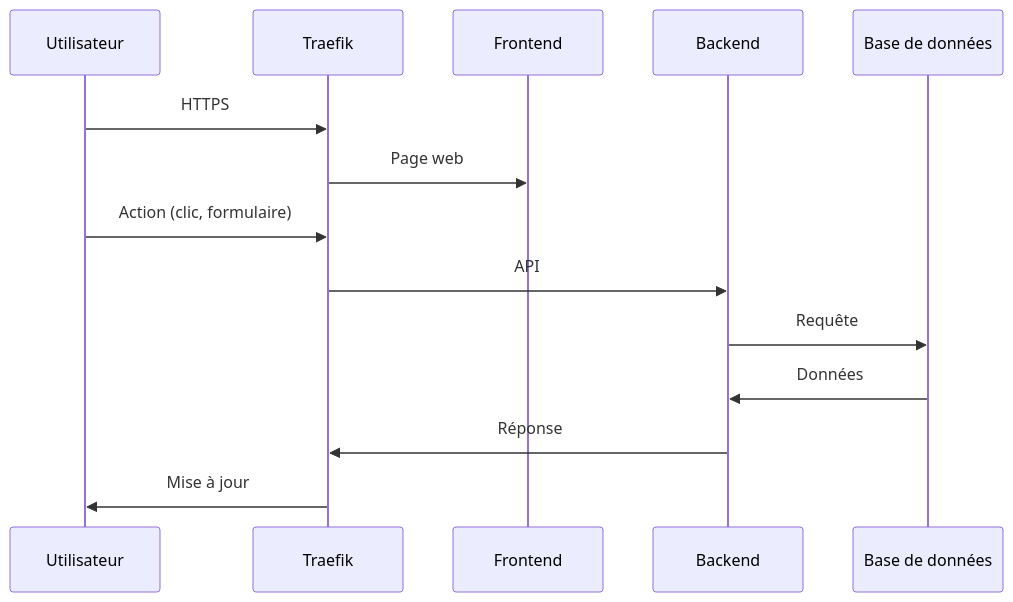
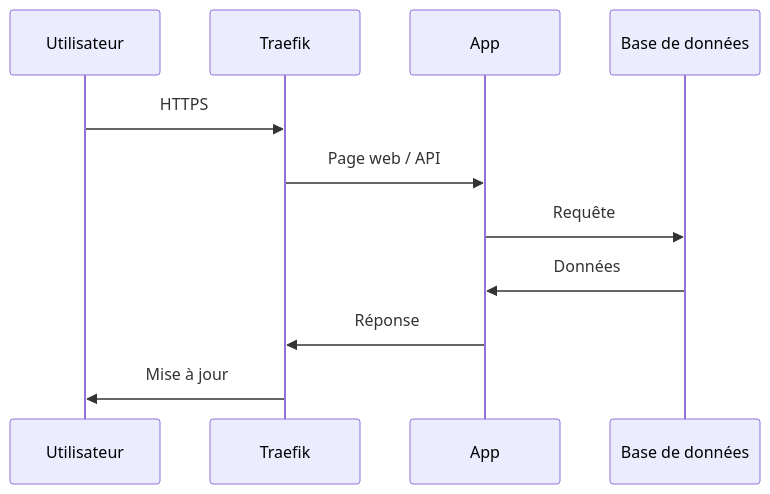
One commit to alice-444/ls_app changed the seventh of 14 diagrams in docs/deploiement.md. Above: the diagram before and after it, drawn with Mermaid. The commit also changed other lines of this file and 8 other files, not shown here.

Commit message:
docs: update application structure and documentation to reflect unified app architecture, including shared components and deployment details

````diff
--- a/docs/deploiement.md
+++ b/docs/deploiement.md
@@ -201,16 +193,13 @@
 ```mermaid
 sequenceDiagram
   participant U as Utilisateur
   participant T as Traefik
-  participant F as Frontend
-  participant B as Backend
+  participant A as App
   participant D as Base de données
   U->>T: HTTPS
-  T->>F: Page web
-  U->>T: Action (clic, formulaire)
-  T->>B: API
-  B->>D: Requête
-  D->>B: Données
-  B->>T: Réponse
+  T->>A: Page web / API
+  A->>D: Requête
+  D->>A: Données
+  A->>T: Réponse
   T->>U: Mise à jour
 ```
````
